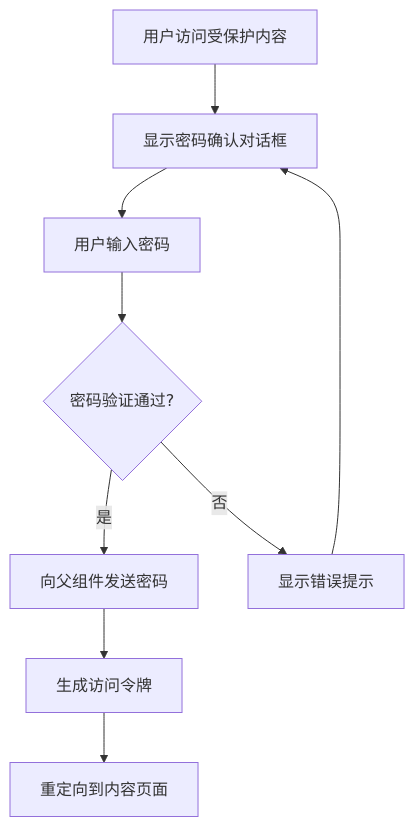
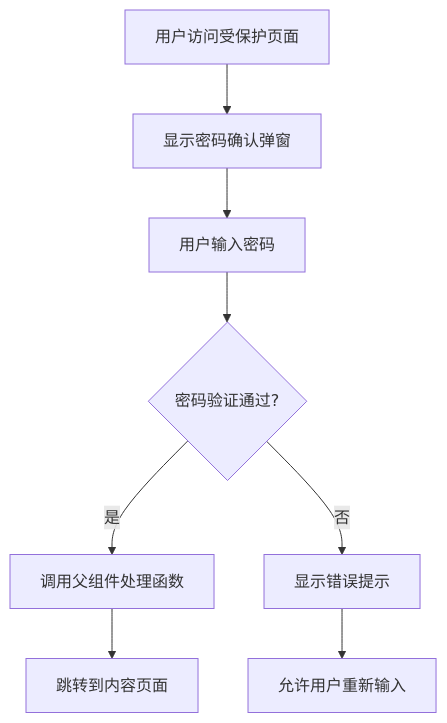
The sixth of 8 diagrams in .qoder/repowiki/zh/content/核心功能/内容分享系统/内容分享系统.md (terwer/siyuan-plugin-blog), drawn with Mermaid before and after one commit. The commit also changed other lines of this file and 31 other files, not shown here.

````diff
--- a/.qoder/repowiki/zh/content/核心功能/内容分享系统/内容分享系统.md
+++ b/.qoder/repowiki/zh/content/核心功能/内容分享系统/内容分享系统.md
@@ -307,11 +315,10 @@
 ```mermaid
 flowchart TD
-A["用户访问受保护内容"] --> B["显示密码确认对话框"]
+A["用户访问受保护页面"] --> B["显示密码确认弹窗"]
 B --> C["用户输入密码"]
 C --> D{"密码验证通过?"}
-D --> |是| E["向父组件发送密码"]
+D --> |是| E["调用父组件处理函数"]
 D --> |否| F["显示错误提示"]
-E --> G["生成访问令牌"]
-G --> H["重定向到内容页面"]
-F --> B
+E --> G["跳转到内容页面"]
+F --> H["允许用户重新输入"]
 ```
````
